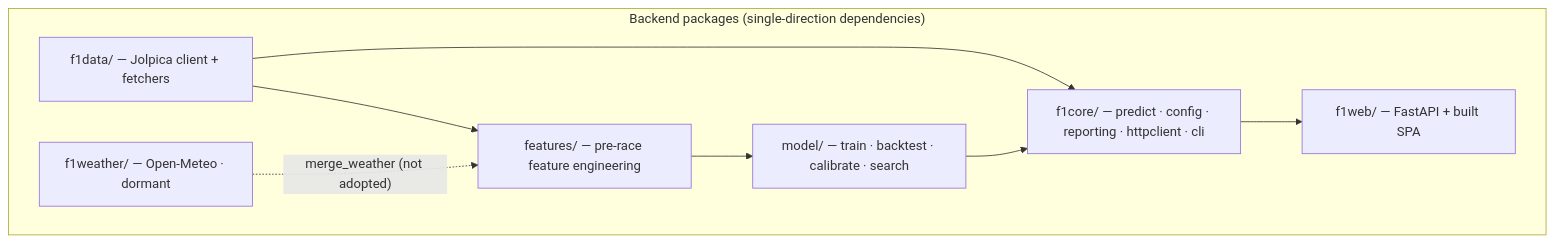
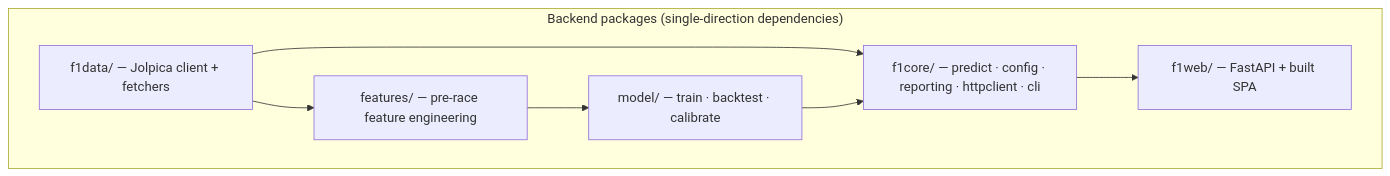
One commit to IUKomplexi/f1-result-predictor changed the first of 4 diagrams in README.md. Above: the diagram before and after it, drawn with Mermaid. The commit also changed other lines of this file and 2 other files, not shown here.

First line of the commit message:
docs: prune weather/search/feature-audit references from README, AGENTS, config.toml

````diff
--- a/README.md
+++ b/README.md
@@ -223,17 +217,15 @@
 ```mermaid
 flowchart TB
     subgraph Backend["Backend packages (single-direction dependencies)"]
         FD["f1data/ — Jolpica client + fetchers"]
         FE["features/ — pre-race feature engineering"]
-        MD["model/ — train · backtest · calibrate · search"]
+        MD["model/ — train · backtest · calibrate"]
         CR["f1core/ — predict · config · reporting · httpclient · cli"]
         WB["f1web/ — FastAPI + built SPA"]
-        WX["f1weather/ — Open-Meteo · dormant"]
     end
     FD --> FE
     FD --> CR
     FE --> MD
     MD --> CR
     CR --> WB
-    WX -.->|"merge_weather (not adopted)"| FE
 ```
````
